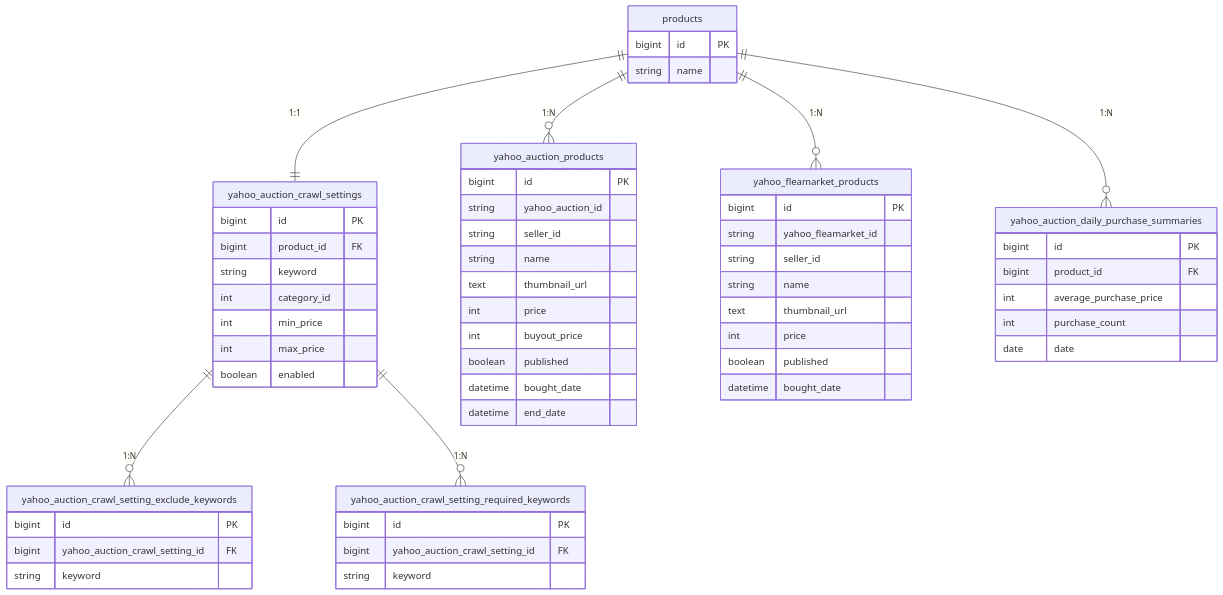
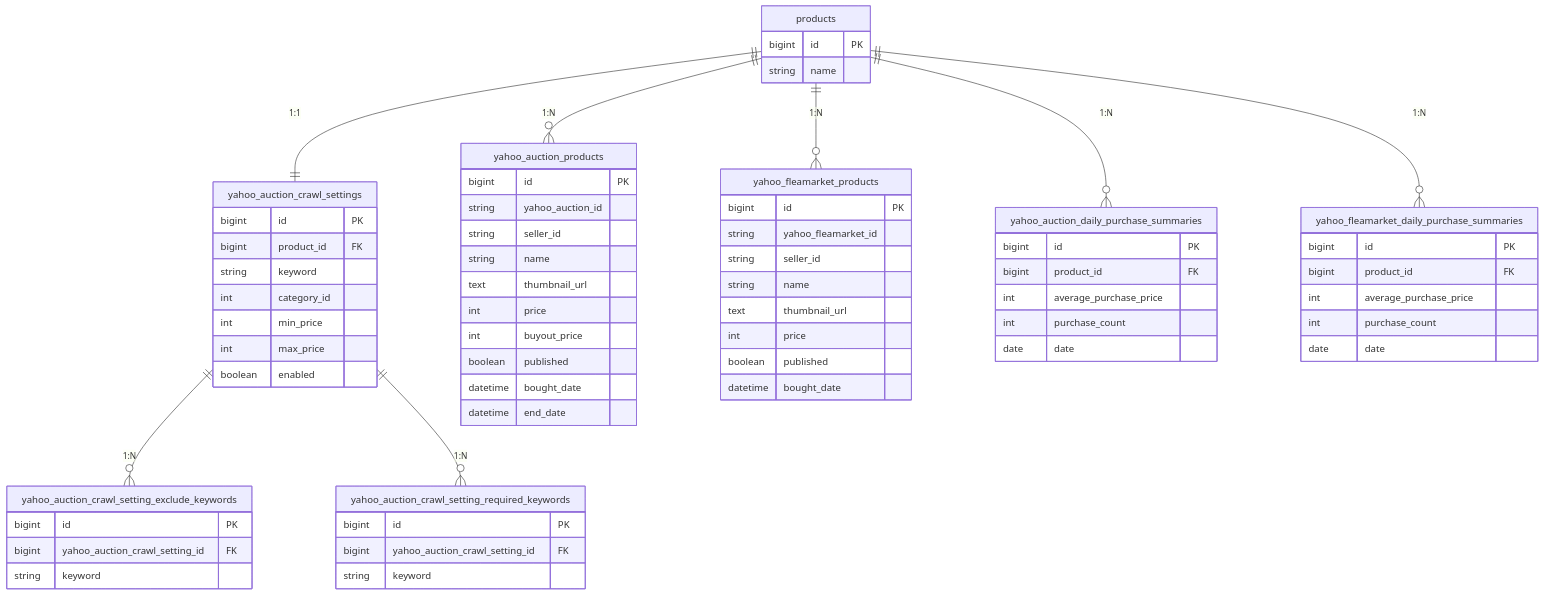
One commit to kuroweb/price-monitoring changed the second of 5 diagrams in README.md. Above: the diagram before and after it, drawn with Mermaid. The commit also changed other lines of this file, not shown here.

````diff
--- a/README.md
+++ b/README.md
@@ -78,62 +78,70 @@
 ```mermaid
 erDiagram
   products {
     bigint id PK
     string name
   }
   yahoo_auction_crawl_settings {
     bigint id PK
     bigint product_id FK
     string keyword
     int category_id
     int min_price
     int max_price
     boolean enabled
   }
   yahoo_auction_crawl_setting_exclude_keywords {
     bigint id PK
     bigint yahoo_auction_crawl_setting_id FK
     string keyword
   }
   yahoo_auction_crawl_setting_required_keywords {
     bigint id PK
     bigint yahoo_auction_crawl_setting_id FK
     string keyword
   }
   yahoo_auction_products {
     bigint id PK
     string yahoo_auction_id
     string seller_id
     string name
     text thumbnail_url
     int price
     int buyout_price
     boolean published
     datetime bought_date
     datetime end_date
   }
   yahoo_fleamarket_products {
     bigint id PK
     string yahoo_fleamarket_id
     string seller_id
     string name
     text thumbnail_url
     int price
     boolean published
     datetime bought_date
   }
   yahoo_auction_daily_purchase_summaries {
     bigint id PK
     bigint product_id FK
     int average_purchase_price
     int purchase_count
     date date
   }
+  yahoo_fleamarket_daily_purchase_summaries {
+    bigint id PK
+    bigint product_id FK
+    int average_purchase_price
+    int purchase_count
+    date date
+  }
 
   products ||--|| yahoo_auction_crawl_settings : "1:1"
   yahoo_auction_crawl_settings ||--o{ yahoo_auction_crawl_setting_exclude_keywords : "1:N"
   yahoo_auction_crawl_settings ||--o{ yahoo_auction_crawl_setting_required_keywords : "1:N"
   products ||--o{ yahoo_auction_products : "1:N"
   products ||--o{ yahoo_fleamarket_products : "1:N"
   products ||--o{ yahoo_auction_daily_purchase_summaries : "1:N"
+  products ||--o{ yahoo_fleamarket_daily_purchase_summaries : "1:N"
 ```
````
